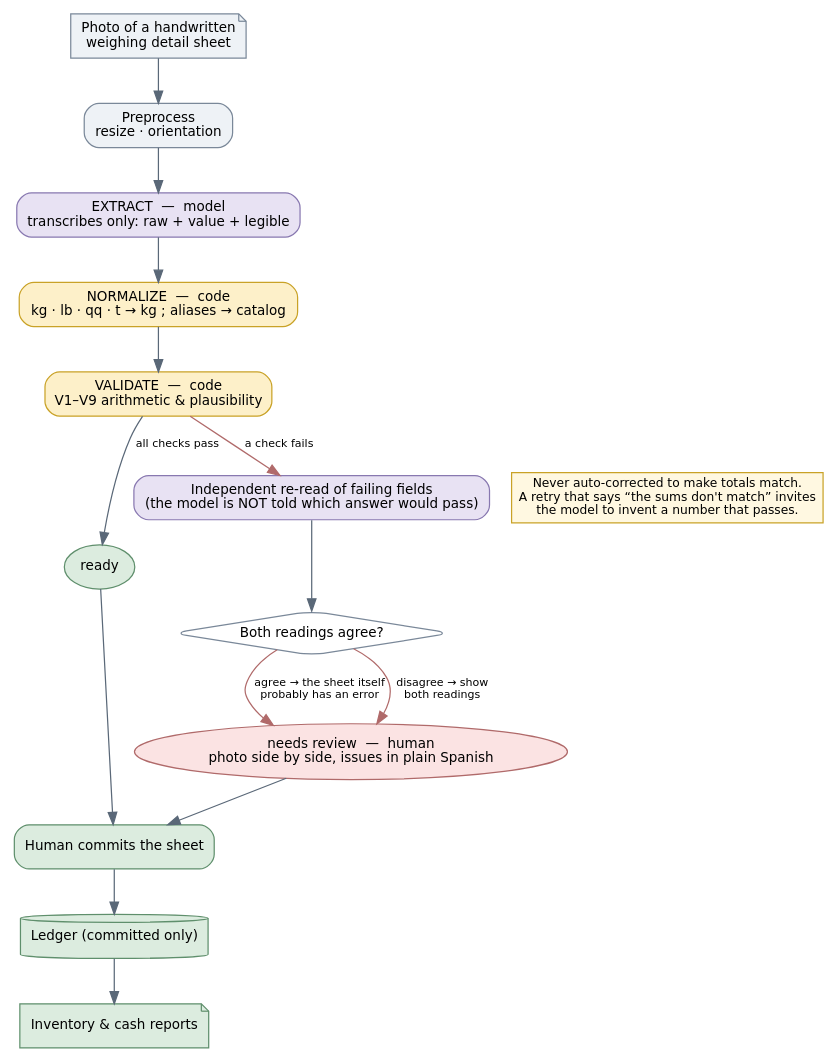
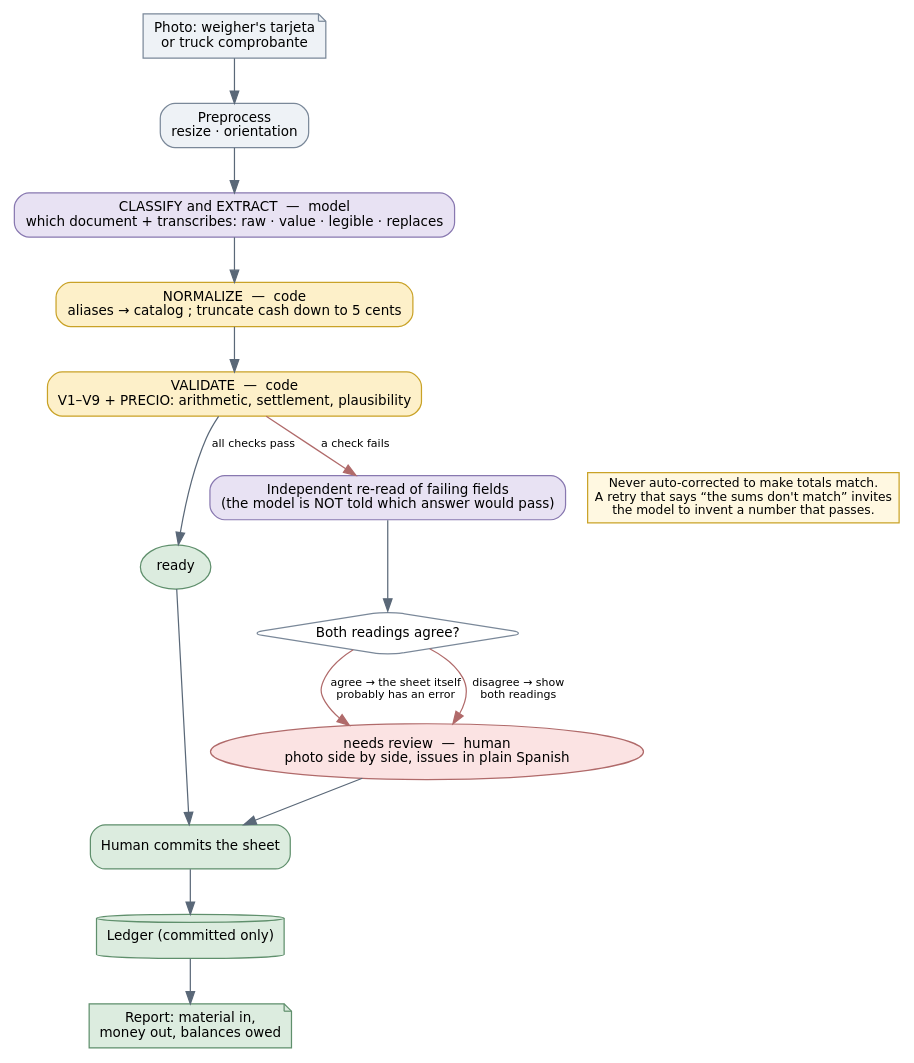
One commit to hotakutsuki/recycler-harness-challenge changed the diagram in docs/diagrams/pipeline.dot. Above: the diagram before and after it, drawn with Graphviz. The commit also changed 33 other files, not shown here.

```diff
--- a/docs/diagrams/pipeline.dot
+++ b/docs/diagrams/pipeline.dot
@@ -1,30 +1,30 @@
 digraph pipeline {
   rankdir=TB; bgcolor="white";
   node [fontname="DejaVu Sans", fontsize=11, shape=box, style="rounded,filled", color="#7a8899"];
   edge [fontname="DejaVu Sans", fontsize=9, color="#5a6878"];
 
-  photo   [label="Photo of a handwritten\nweighing detail sheet", shape=note, fillcolor="#eef2f6"];
+  photo   [label="Photo: weigher's tarjeta\nor truck comprobante", shape=note, fillcolor="#eef2f6"];
   pre     [label="Preprocess\nresize · orientation", fillcolor="#eef2f6"];
-  ex      [label="EXTRACT  —  model\ntranscribes only: raw + value + legible", fillcolor="#e8e2f3", color="#8878b0"];
-  norm    [label="NORMALIZE  —  code\nkg · lb · qq · t → kg ; aliases → catalog", fillcolor="#fdf0c9", color="#c9a227"];
-  val     [label="VALIDATE  —  code\nV1–V9 arithmetic & plausibility", fillcolor="#fdf0c9", color="#c9a227"];
+  ex      [label="CLASSIFY and EXTRACT  —  model\nwhich document + transcribes: raw · value · legible · replaces", fillcolor="#e8e2f3", color="#8878b0"];
+  norm    [label="NORMALIZE  —  code\naliases → catalog ; truncate cash down to 5 cents", fillcolor="#fdf0c9", color="#c9a227"];
+  val     [label="VALIDATE  —  code\nV1–V9 + PRECIO: arithmetic, settlement, plausibility", fillcolor="#fdf0c9", color="#c9a227"];
   ok      [label="ready", shape=oval, fillcolor="#dcecdf", color="#5f8f6c"];
   reread  [label="Independent re-read of failing fields\n(the model is NOT told which answer would pass)", fillcolor="#e8e2f3", color="#8878b0"];
   agree   [label="Both readings agree?", shape=diamond, fillcolor="#ffffff", color="#7a8899"];
   human   [label="needs review  —  human\nphoto side by side, issues in plain Spanish", shape=oval, fillcolor="#fbe3e3", color="#b06a6a"];
   commit  [label="Human commits the sheet", fillcolor="#dcecdf", color="#5f8f6c"];
   db      [label="Ledger (committed only)", shape=cylinder, fillcolor="#dcecdf", color="#5f8f6c"];
-  rep     [label="Inventory & cash reports", shape=note, fillcolor="#dcecdf", color="#5f8f6c"];
+  rep     [label="Report: material in,\nmoney out, balances owed", shape=note, fillcolor="#dcecdf", color="#5f8f6c"];
 
   photo -> pre -> ex -> norm -> val;
   val -> ok [label="  all checks pass"];
   val -> reread [label="  a check fails", color="#b06a6a"];
   reread -> agree;
   agree -> human [label="  agree → the sheet itself\n  probably has an error", color="#b06a6a"];
   agree -> human [label="  disagree → show\n  both readings", color="#b06a6a"];
   ok -> commit; human -> commit;
   commit -> db -> rep;
 
   note [label="Never auto-corrected to make totals match.\nA retry that says “the sums don't match” invites\nthe model to invent a number that passes.", shape=box, style="filled", fillcolor="#fff8e1", color="#c9a227", fontsize=10];
   { rank=same; reread; note; }
 }
```
